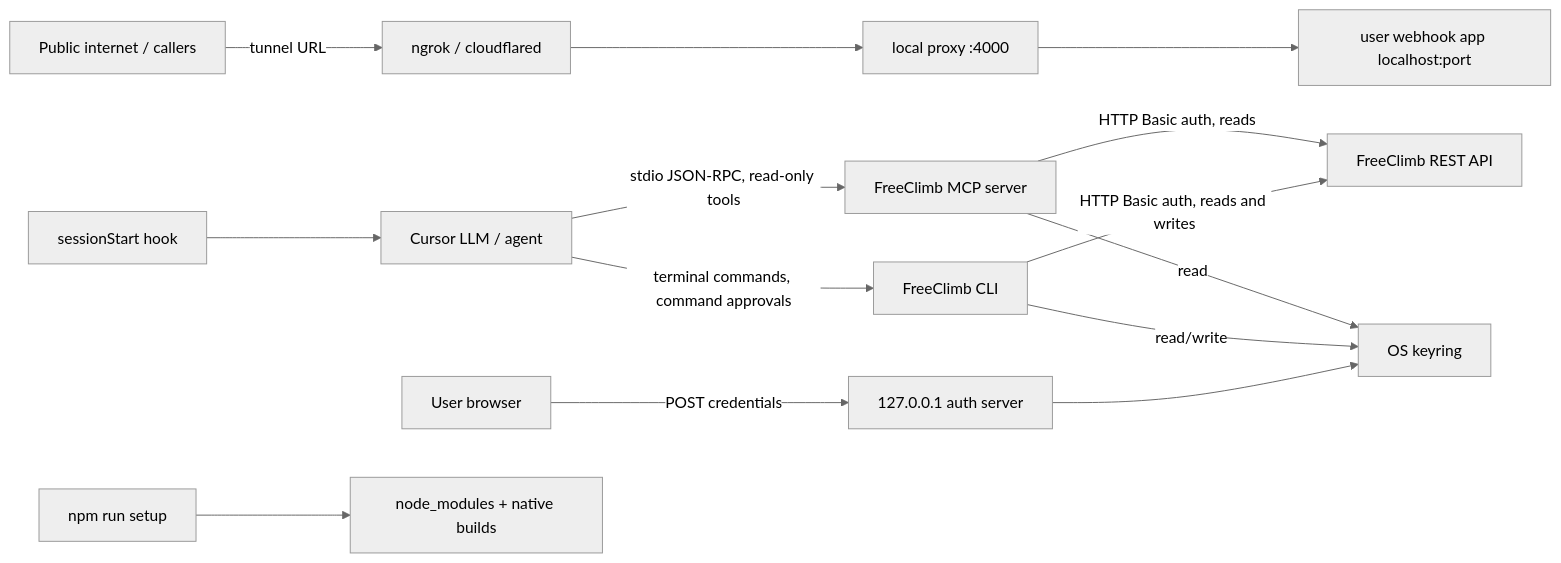
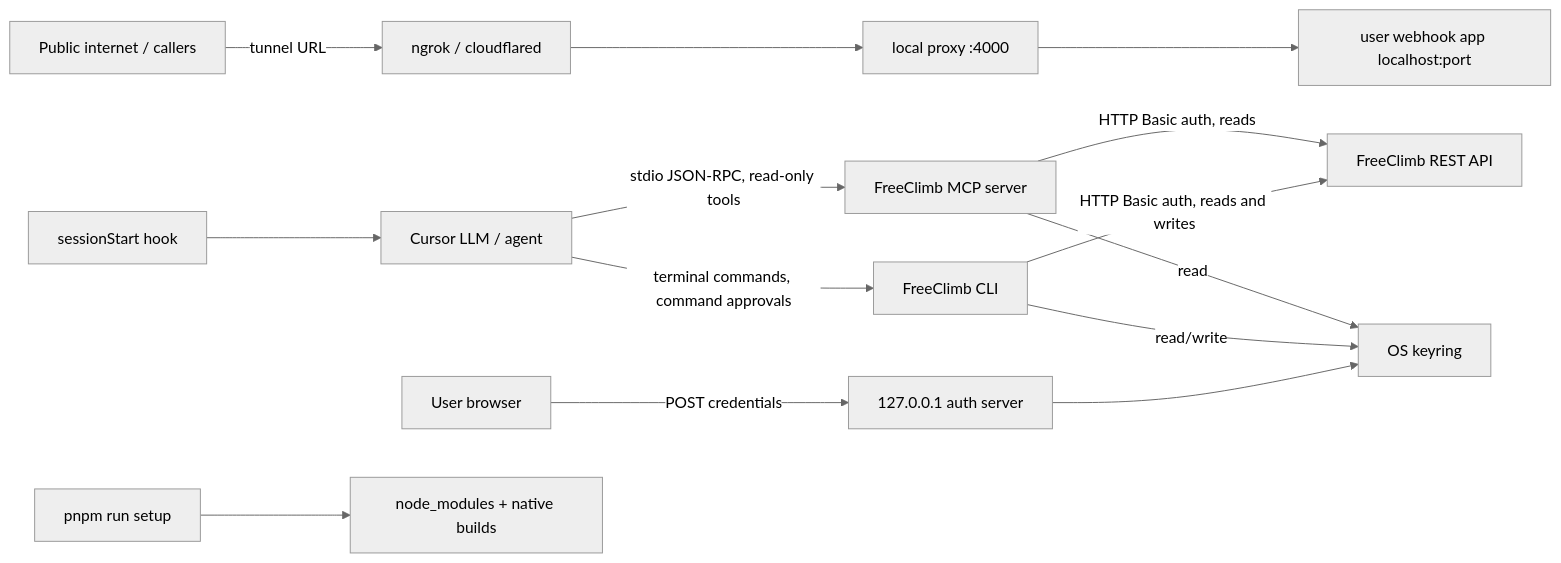
The diagram in docs/security/architecture-review.md (FreeClimbAPI/freeclimb-plugin), drawn with Mermaid (neutral theme) before and after one commit. The commit also changed other lines of this file and 31 other files, not shown here.

````diff
--- a/docs/security/architecture-review.md
+++ b/docs/security/architecture-review.md
@@ -36,16 +36,16 @@
 ```mermaid
 flowchart LR
   agent["Cursor LLM / agent"] -->|stdio JSON-RPC, read-only tools| mcp["FreeClimb MCP server"]
   agent -->|terminal commands, command approvals| cli["FreeClimb CLI"]
   mcp -->|HTTP Basic auth, reads| api["FreeClimb REST API"]
   cli -->|HTTP Basic auth, reads and writes| api
   mcp -->|read| keyring["OS keyring"]
   cli -->|read/write| keyring
   browser["User browser"] -->|POST credentials| loopback["127.0.0.1 auth server"]
   loopback --> keyring
   internet["Public internet / callers"] -->|tunnel URL| tunnel["ngrok / cloudflared"]
   tunnel --> proxy["local proxy :4000"]
   proxy --> localapp["user webhook app localhost:port"]
-  setup["npm run setup"] --> deps["node_modules + native builds"]
+  setup["pnpm run setup"] --> deps["node_modules + native builds"]
   hooks["sessionStart hook"] --> agent
 ```
````
